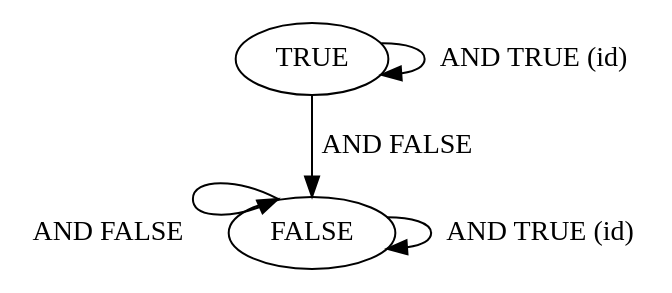
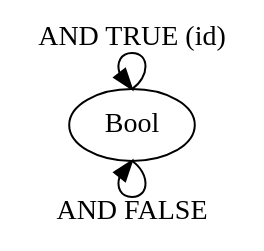
The fifth of 6 diagrams in 103-Categories-Great-and-Small.md (awalterschulze/category-theory-for-programmers-challenges), drawn with Graphviz before and after one commit. The commit also changed other lines of this file and 2 other files, not shown here.

````diff
--- a/103-Categories-Great-and-Small.md
+++ b/103-Categories-Great-and-Small.md
@@ -115,8 +115,6 @@
 ```dot
 digraph G {
-  TRUE -> TRUE [label="AND TRUE (id)"]
-  TRUE -> FALSE [label="AND FALSE"]
-  FALSE -> FALSE [label="AND TRUE (id)"]
-  FALSE:nw -> FALSE:nw [label="AND FALSE"]
+  Bool:n -> Bool:n [label="AND TRUE (id)"]
+  Bool:s -> Bool:s [label="AND FALSE"]
 }
 ```
````
